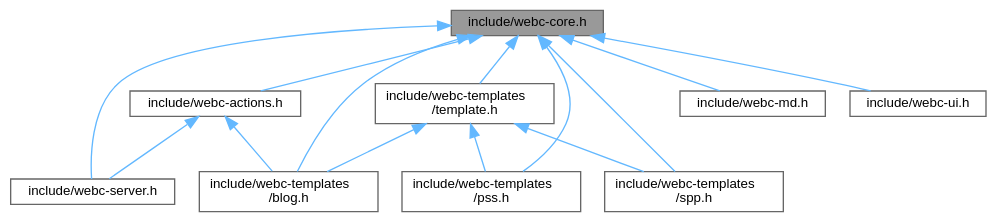
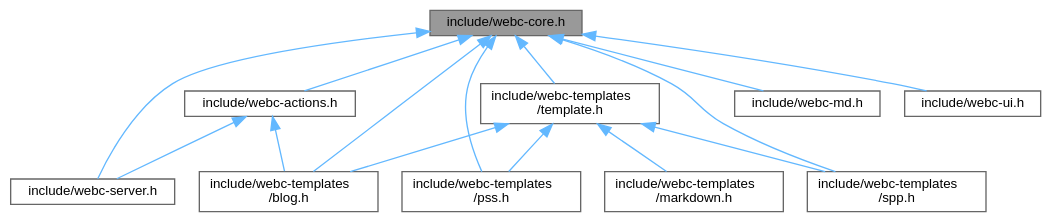
One commit to KDesp73/webc-docs changed the diagram in docs/webc-core_8h__dep__incl.dot. Above: the diagram before and after it, drawn with Graphviz. The commit also changed 65 other files, not shown here.

```diff
--- a/docs/webc-core_8h__dep__incl.dot
+++ b/docs/webc-core_8h__dep__incl.dot
@@ -1,29 +1,31 @@
 digraph "include/webc-core.h"
 {
  // LATEX_PDF_SIZE
   bgcolor="transparent";
   edge [fontname=Helvetica,fontsize=10,labelfontname=Helvetica,labelfontsize=10];
   node [fontname=Helvetica,fontsize=10,shape=box,height=0.2,width=0.4];
   Node1 [id="Node000001",label="include/webc-core.h",height=0.2,width=0.4,color="gray40", fillcolor="grey60", style="filled", fontcolor="black",tooltip=" "];
   Node1 -> Node2 [id="edge1_Node000001_Node000002",dir="back",color="steelblue1",style="solid",tooltip=" "];
   Node2 [id="Node000002",label="include/webc-actions.h",height=0.2,width=0.4,color="grey40", fillcolor="white", style="filled",URL="$webc-actions_8h.html",tooltip=" "];
   Node2 -> Node3 [id="edge2_Node000002_Node000003",dir="back",color="steelblue1",style="solid",tooltip=" "];
   Node3 [id="Node000003",label="include/webc-server.h",height=0.2,width=0.4,color="grey40", fillcolor="white", style="filled",URL="$webc-server_8h.html",tooltip=" "];
   Node2 -> Node4 [id="edge3_Node000002_Node000004",dir="back",color="steelblue1",style="solid",tooltip=" "];
   Node4 [id="Node000004",label="include/webc-templates\l/blog.h",height=0.2,width=0.4,color="grey40", fillcolor="white", style="filled",URL="$blog_8h.html",tooltip=" "];
   Node1 -> Node5 [id="edge4_Node000001_Node000005",dir="back",color="steelblue1",style="solid",tooltip=" "];
   Node5 [id="Node000005",label="include/webc-md.h",height=0.2,width=0.4,color="grey40", fillcolor="white", style="filled",URL="$webc-md_8h.html",tooltip=" "];
   Node1 -> Node3 [id="edge5_Node000001_Node000003",dir="back",color="steelblue1",style="solid",tooltip=" "];
   Node1 -> Node4 [id="edge6_Node000001_Node000004",dir="back",color="steelblue1",style="solid",tooltip=" "];
   Node1 -> Node6 [id="edge7_Node000001_Node000006",dir="back",color="steelblue1",style="solid",tooltip=" "];
   Node6 [id="Node000006",label="include/webc-templates\l/pss.h",height=0.2,width=0.4,color="grey40", fillcolor="white", style="filled",URL="$pss_8h.html",tooltip=" "];
   Node1 -> Node7 [id="edge8_Node000001_Node000007",dir="back",color="steelblue1",style="solid",tooltip=" "];
   Node7 [id="Node000007",label="include/webc-templates\l/spp.h",height=0.2,width=0.4,color="grey40", fillcolor="white", style="filled",URL="$spp_8h.html",tooltip=" "];
   Node1 -> Node8 [id="edge9_Node000001_Node000008",dir="back",color="steelblue1",style="solid",tooltip=" "];
   Node8 [id="Node000008",label="include/webc-templates\l/template.h",height=0.2,width=0.4,color="grey40", fillcolor="white", style="filled",URL="$template_8h.html",tooltip=" "];
   Node8 -> Node4 [id="edge10_Node000008_Node000004",dir="back",color="steelblue1",style="solid",tooltip=" "];
-  Node8 -> Node6 [id="edge11_Node000008_Node000006",dir="back",color="steelblue1",style="solid",tooltip=" "];
-  Node8 -> Node7 [id="edge12_Node000008_Node000007",dir="back",color="steelblue1",style="solid",tooltip=" "];
-  Node1 -> Node9 [id="edge13_Node000001_Node000009",dir="back",color="steelblue1",style="solid",tooltip=" "];
-  Node9 [id="Node000009",label="include/webc-ui.h",height=0.2,width=0.4,color="grey40", fillcolor="white", style="filled",URL="$webc-ui_8h.html",tooltip=" "];
+  Node8 -> Node9 [id="edge11_Node000008_Node000009",dir="back",color="steelblue1",style="solid",tooltip=" "];
+  Node9 [id="Node000009",label="include/webc-templates\l/markdown.h",height=0.2,width=0.4,color="grey40", fillcolor="white", style="filled",URL="$markdown_8h.html",tooltip=" "];
+  Node8 -> Node6 [id="edge12_Node000008_Node000006",dir="back",color="steelblue1",style="solid",tooltip=" "];
+  Node8 -> Node7 [id="edge13_Node000008_Node000007",dir="back",color="steelblue1",style="solid",tooltip=" "];
+  Node1 -> Node10 [id="edge14_Node000001_Node000010",dir="back",color="steelblue1",style="solid",tooltip=" "];
+  Node10 [id="Node000010",label="include/webc-ui.h",height=0.2,width=0.4,color="grey40", fillcolor="white", style="filled",URL="$webc-ui_8h.html",tooltip=" "];
 }
```
